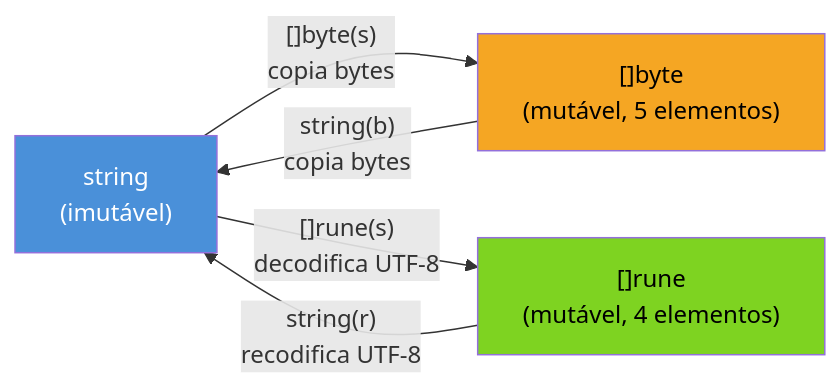
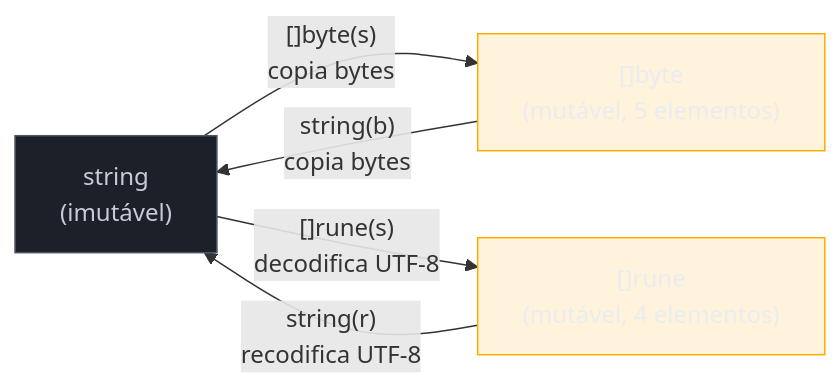
One commit to josenaldo/codex-technomanticus changed the third of 3 diagrams in 03-Dominios/Tecnologia/Go/05 - Coleções e dados/04 - Strings, runes e bytes.md. Above: the diagram before and after it, drawn with Mermaid. The commit also changed other lines of this file and 1181 other files, not shown here.

First line of the commit message:
fix(diagramas): paleta do sistema no lugar de cor cravada no markdown

````diff
--- a/03-Dominios/Tecnologia/Go/05 - Coleções e dados/04 - Strings, runes e bytes.md
+++ b/03-Dominios/Tecnologia/Go/05 - Coleções e dados/04 - Strings, runes e bytes.md
@@ -153,11 +155,13 @@
 ```mermaid
 flowchart LR
+    classDef neutro fill:#1B2029,stroke:#4E5666,color:#C6CCD8
+    classDef destaque fill:#FFAA0024,stroke:#FFAA00,color:#E9ECF2
     STR["string\n(imutável)"] -->|"[]byte(s)\ncopia bytes"| BYTES["[]byte\n(mutável, 5 elementos)"]
     STR -->|"[]rune(s)\ndecodifica UTF-8"| RUNES["[]rune\n(mutável, 4 elementos)"]
     BYTES -->|"string(b)\ncopia bytes"| STR
     RUNES -->|"string(r)\nrecodifica UTF-8"| STR
 
-    style STR fill:#4A90D9,color:#fff
-    style BYTES fill:#F5A623,color:#000
-    style RUNES fill:#7ED321,color:#000
+    class STR neutro
+    class BYTES destaque
+    class RUNES destaque
 ```
````
